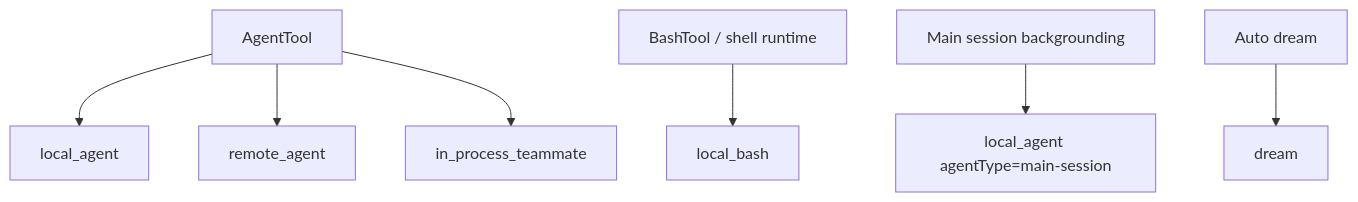
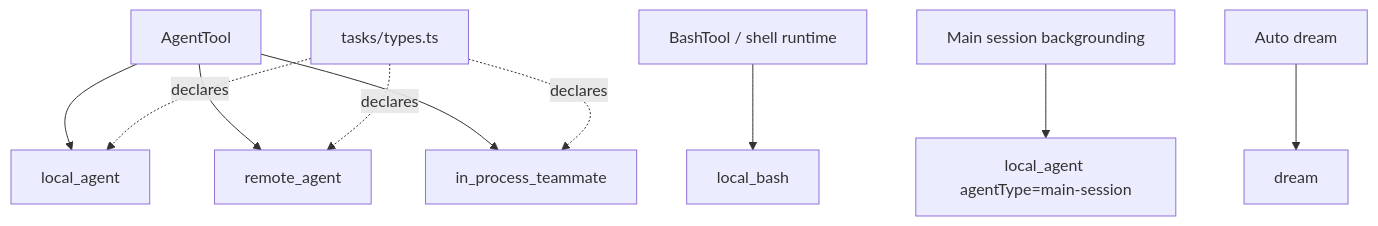
Before and after one commit to Boulea7/ClaudeCode-Source-DeepDive: the second of 2 diagrams in MODULES/01-agent-loop-and-teams/DEEP/README.md, drawn with Mermaid. The commit also changed other lines of this file and 5 other files, not shown here.

````diff
--- a/MODULES/01-agent-loop-and-teams/DEEP/README.md
+++ b/MODULES/01-agent-loop-and-teams/DEEP/README.md
@@ -243,9 +248,12 @@
 ```mermaid
 flowchart TD
     A[AgentTool] --> B[local_agent]
     A --> C[remote_agent]
     A --> D[in_process_teammate]
     E[BashTool / shell runtime] --> F[local_bash]
     G[Main session backgrounding] --> H[local_agent agentType=main-session]
     I[Auto dream] --> J[dream]
+    K[tasks/types.ts] -.declares.-> B
+    K -.declares.-> C
+    K -.declares.-> D
 ```
````
